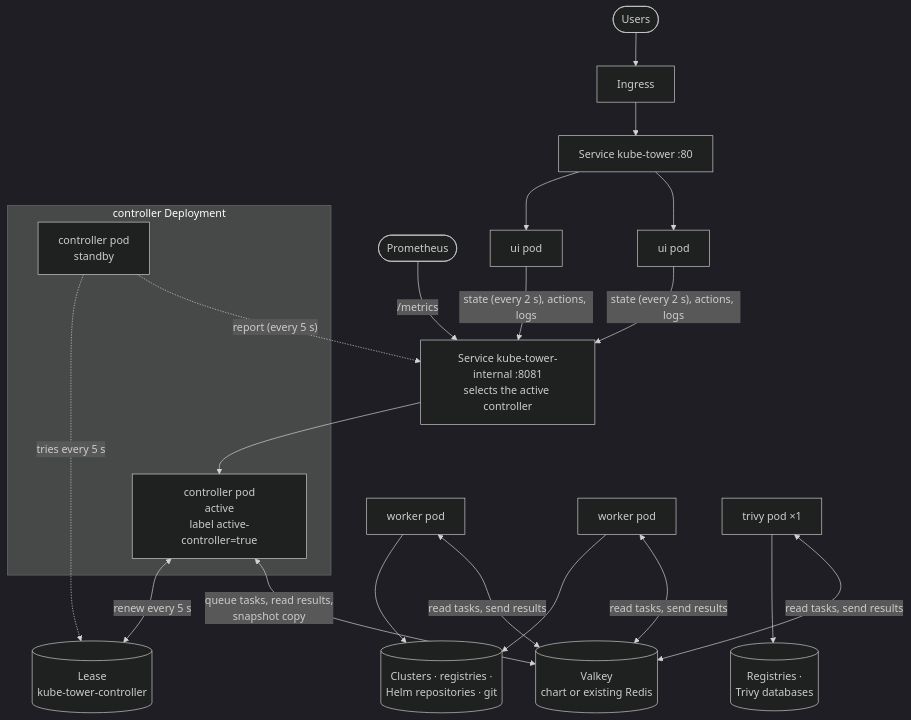
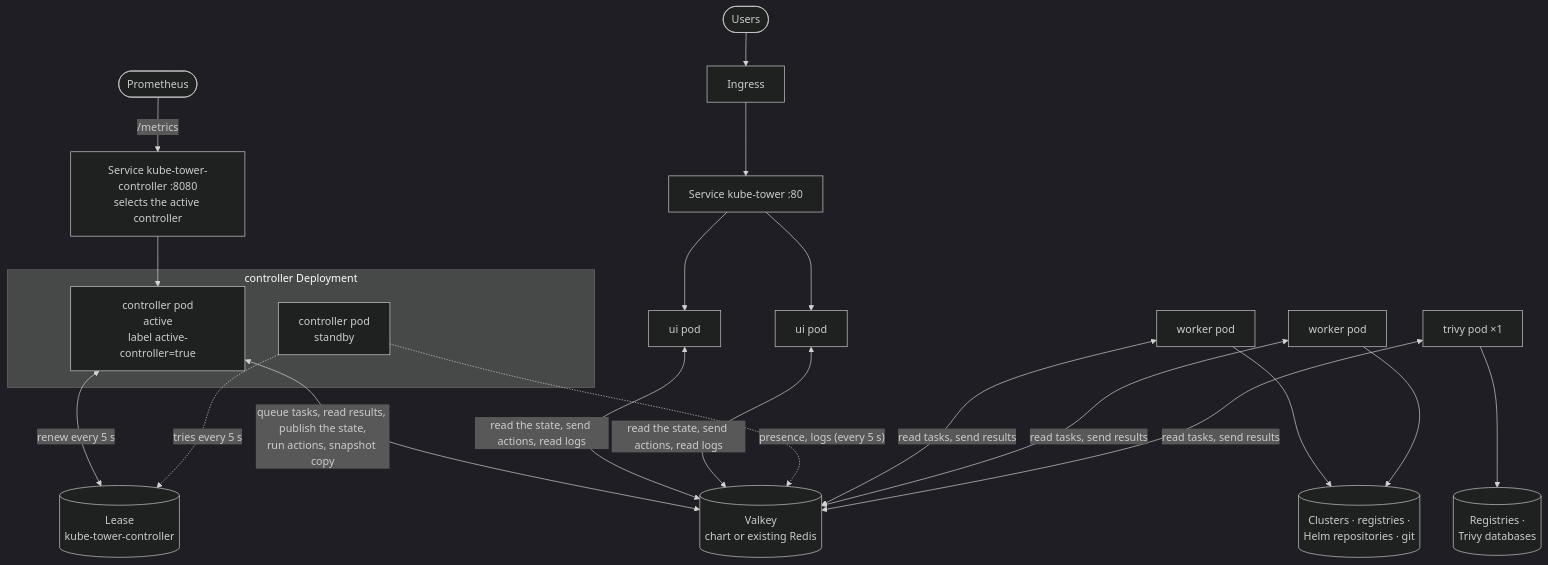
Before and after one commit to Arcanexus/kube-tower: the third of 4 diagrams in docs/architecture.md, drawn with Mermaid (dark theme). The commit also changed other lines of this file and 31 other files, not shown here.

First line of the commit message:
[ADD] State, actions, presence and logs go through Valkey (ADR 0003, step 3) (#127)

````diff
--- a/docs/architecture.md
+++ b/docs/architecture.md
@@ -67,27 +65,27 @@
 ```mermaid
 flowchart TB
     users([Users]) --> ingress[Ingress] --> svc["Service kube-tower :80"]
     prom([Prometheus]) -->|/metrics| isvc
 
     svc --> ui1[ui pod]
     svc --> ui2[ui pod]
 
     subgraph controllers[controller Deployment]
         active["controller pod<br/>active<br/>label active-controller=true"]
         standby["controller pod<br/>standby"]
     end
 
-    isvc["Service kube-tower-internal :8081<br/>selects the active controller"] --> active
+    isvc["Service kube-tower-controller :8080<br/>selects the active controller"] --> active
 
-    ui1 & ui2 -->|"state (every 2 s), actions, logs"| isvc
-    standby -.->|"report (every 5 s)"| isvc
-    active <-->|"queue tasks, read results,<br/>snapshot copy"| valkey[(Valkey<br/>chart or existing Redis)]
+    active <-->|"queue tasks, read results, publish the state,<br/>run actions, snapshot copy"| valkey[(Valkey<br/>chart or existing Redis)]
+    ui1 & ui2 <-->|"read the state, send actions, read logs"| valkey
+    standby -.->|"presence, logs (every 5 s)"| valkey
     w1[worker pod] & w2[worker pod] <-->|"read tasks, send results"| valkey
     tr[trivy pod ×1] <-->|"read tasks, send results"| valkey
 
     active <-->|"renew every 5 s"| lease[(Lease<br/>kube-tower-controller)]
     standby -.->|"tries every 5 s"| lease
 
     w1 & w2 --> ext[(Clusters · registries ·<br/>Helm repositories · git)]
     tr --> regs[(Registries ·<br/>Trivy databases)]
 ```
````
